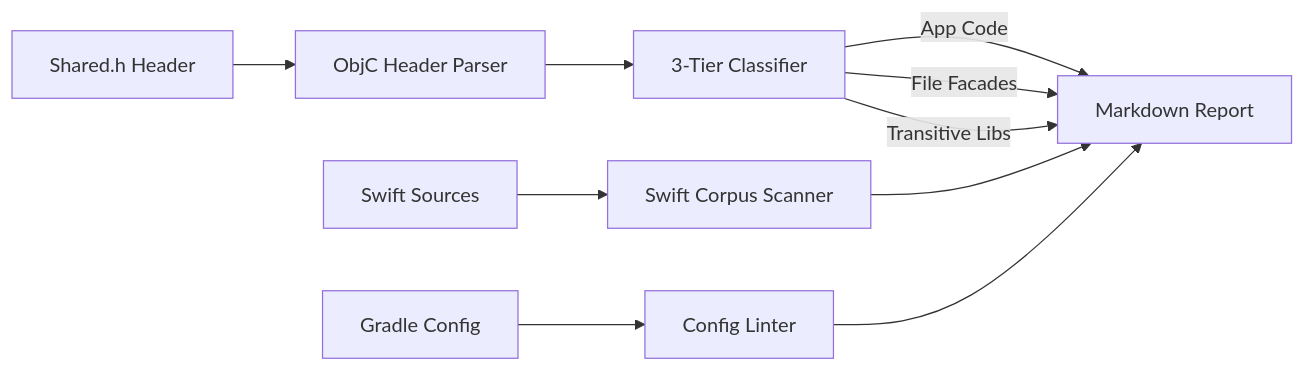
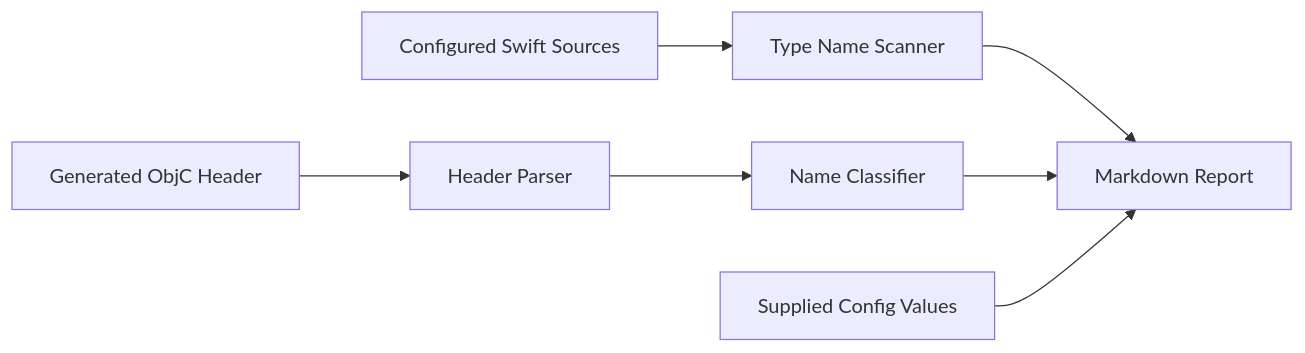
The diagram in README.md (SiddhantPanhalkar/kmprofiler), drawn with Mermaid before and after one commit. The commit also changed other lines of this file and 25 other files, not shown here.

````diff
--- a/README.md
+++ b/README.md
@@ -35,11 +44,9 @@
 ```mermaid
 graph LR
-    H[Shared.h Header] --> P[ObjC Header Parser]
-    S[Swift Sources] --> C[Swift Corpus Scanner]
-    P --> CL[3-Tier Classifier]
-    CL --> |App Code| R[Markdown Report]
-    CL --> |File Facades| R
-    CL --> |Transitive Libs| R
-    C --> R
-    CF[Gradle Config] --> L[Config Linter] --> R
+    H[Generated ObjC Header] --> P[Header Parser]
+    S[Configured Swift Sources] --> C[Type Name Scanner]
+    P --> CL[Name Classifier]
+    C --> R[Markdown Report]
+    CL --> R
+    CF[Supplied Config Values] --> R
 ```
````
